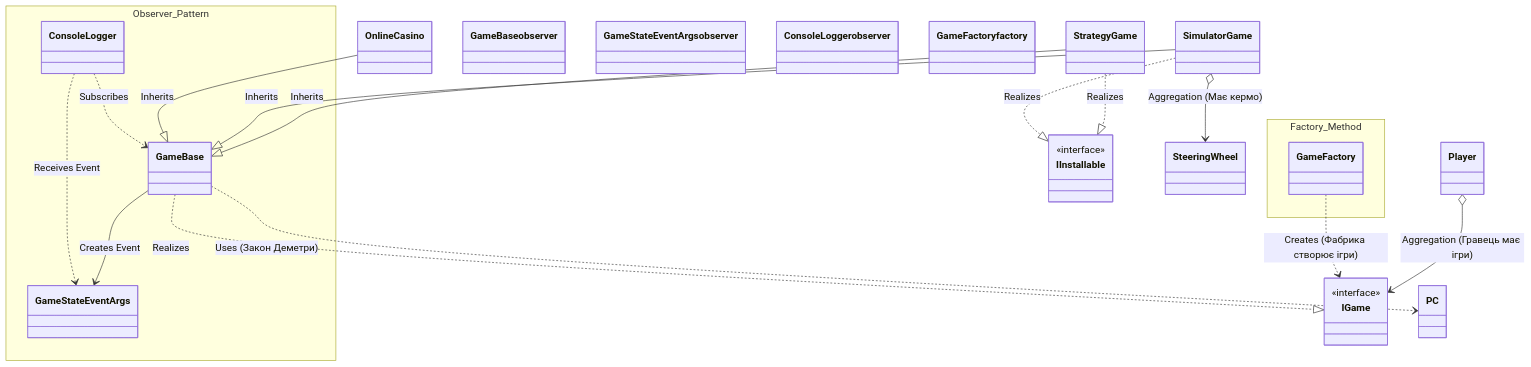
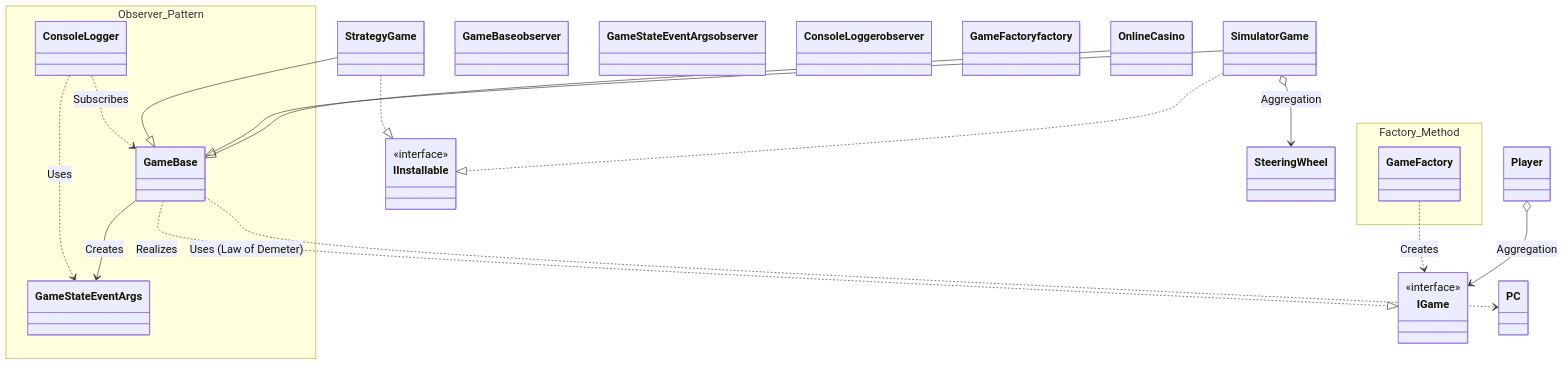
The diagram in README.md (VDamnV/SAD_lab2), drawn with Mermaid before and after one commit. The commit also changed other lines of this file, not shown here.

````diff
--- a/README.md
+++ b/README.md
@@ -3,53 +3,57 @@
 ```mermaid
+%% Конфігурація для ЗБІЛЬШЕННЯ ШРИФТУ та компактності
+%%{init: {"theme": "default", "themeVariables": { "fontSize": "18px", "fontFamily": "arial" }}}%%
 classDiagram
+    direction TB
+
     %% --- СТИЛІ ДЛЯ ПАТЕРНІВ ПРОЕКТУВАННЯ ---
-    classDef observer fill:#ffeef0,stroke:#cc0000,stroke-width:2px,stroke-dasharray: 5 5
-    classDef factory fill:#eef2ff,stroke:#0033cc,stroke-width:2px,stroke-dasharray: 5 5
+    classDef observer fill:#fff3f3,stroke:#cc0000,stroke-width:3px,stroke-dasharray: 6 6
+    classDef factory fill:#f0f5ff,stroke:#0033cc,stroke-width:3px,stroke-dasharray: 6 6
 
-    %% --- ГРУПУВАННЯ ПАТЕРНІВ ---
+    %% --- ВИДІЛЕННЯ ПАТЕРНІВ РАМКАМИ (Вимога Лаб 1.3) ---
     namespace Observer_Pattern {
+        class ConsoleLogger
+        class GameStateEventArgs
         class GameBase
-        class GameStateEventArgs
-        class ConsoleLogger
     }
 
     namespace Factory_Method {
         class GameFactory
     }
 
-    %% --- ІНТЕРФЕЙСИ ТА КЛАСИ (Без деталей) ---
+    %% --- БАЗОВІ СУТНОСТІ ---
     class IGame { <<interface>> }
     class IInstallable { <<interface>> }
-    
     class StrategyGame
     class SimulatorGame
     class OnlineCasino
+    class PC
     class Player
-    class PC
     class SteeringWheel
 
-    %% --- ЗАСТОСУВАННЯ СТИЛІВ ---
+    %% --- ЗАСТОСУВАННЯ СТИЛІВ ДО КЛАСІВ ---
     class GameBase observer
     class GameStateEventArgs observer
     class ConsoleLogger observer
     class GameFactory factory
 
-    %% --- БАЗОВІ ЗВ'ЯЗКИ (ООП) ---
+    %% --- 1. ЗВ'ЯЗКИ ПАТЕРНІВ ---
+    GameFactory ..> IGame : Creates
+    ConsoleLogger ..> GameBase : Subscribes
+    ConsoleLogger ..> GameStateEventArgs : Uses
+    GameBase --> GameStateEventArgs : Creates
+
+    %% --- 2. НАСЛІДУВАННЯ ТА РЕАЛІЗАЦІЯ ---
     GameBase ..|> IGame : Realizes
-    StrategyGame --|> GameBase : Inherits
-    SimulatorGame --|> GameBase : Inherits
-    OnlineCasino --|> GameBase : Inherits
+    StrategyGame --|> GameBase
+    SimulatorGame --|> GameBase
+    OnlineCasino --|> GameBase
 
-    StrategyGame ..|> IInstallable : Realizes
-    SimulatorGame ..|> IInstallable : Realizes
+    StrategyGame ..|> IInstallable
+    SimulatorGame ..|> IInstallable
 
-    Player o--> IGame : Aggregation (Гравець має ігри)
-    SimulatorGame o--> SteeringWheel : Aggregation (Має кермо)
-    GameBase ..> PC : Uses (Закон Деметри)
-
-    %% --- ЗВ'ЯЗКИ ПАТЕРНІВ ---
-    GameFactory ..> IGame : Creates (Фабрика створює ігри)
-    GameBase --> GameStateEventArgs : Creates Event
-    ConsoleLogger ..> GameStateEventArgs : Receives Event
-    ConsoleLogger ..> GameBase : Subscribes
+    %% --- 3. АГРЕГАЦІЯ ТА ВИКОРИСТАННЯ (LoD) ---
+    Player o--> IGame : Aggregation
+    SimulatorGame o--> SteeringWheel : Aggregation
+    GameBase ..> PC : Uses (Law of Demeter)
 ```
````
